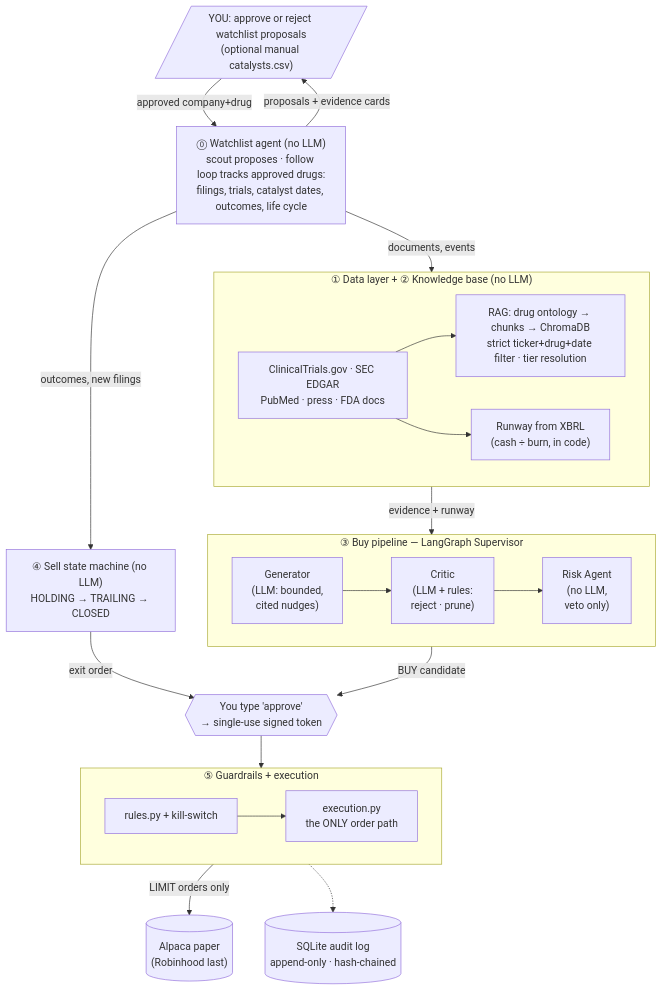
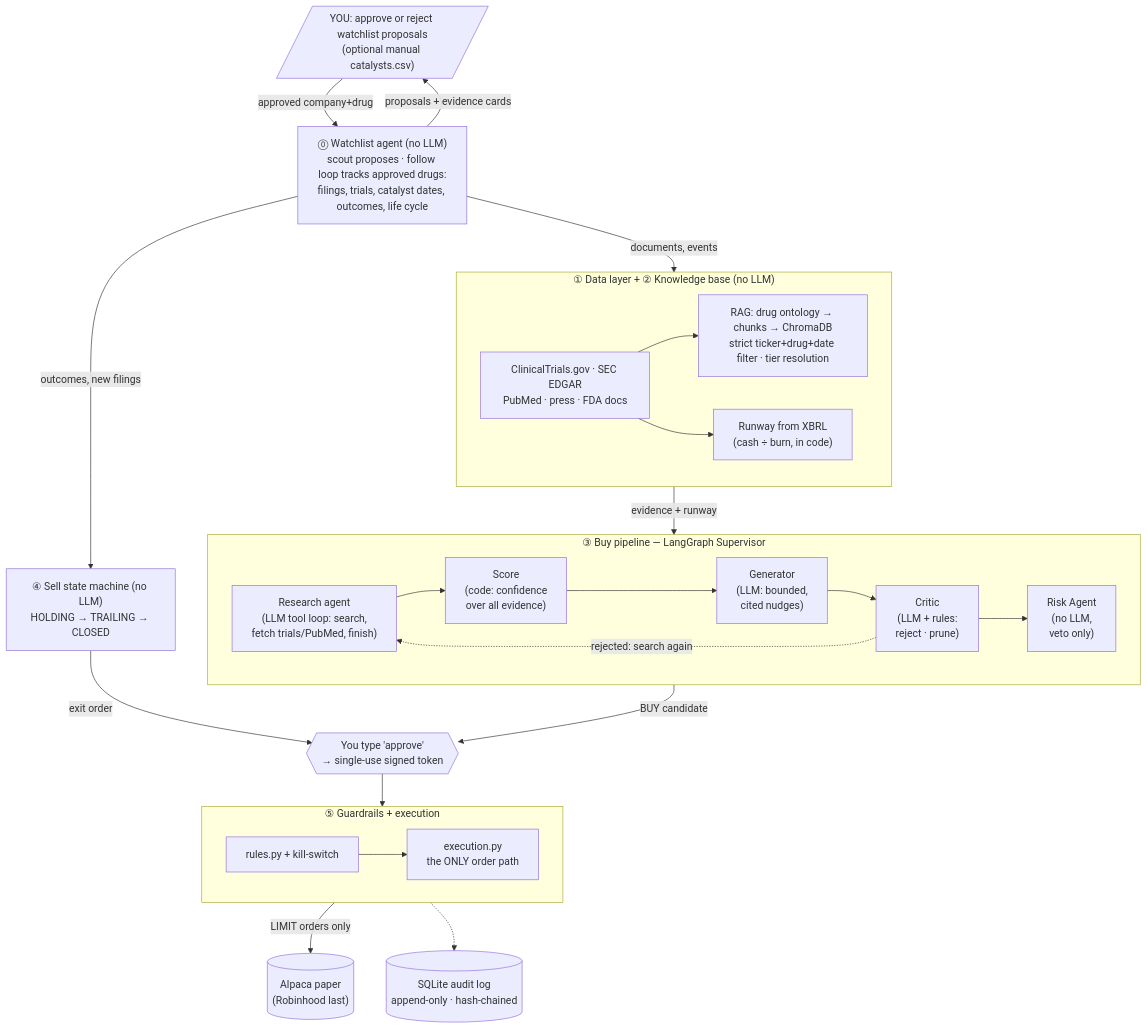
Before and after one commit to sathishkdev/BioTradeAI: the first of 4 diagrams in README.md, drawn with Mermaid. The commit also changed other lines of this file and 23 other files, not shown here.

First line of the commit message:
Research agent: bounded autonomous tool loop for evidence

````diff
--- a/README.md
+++ b/README.md
@@ -45,43 +52,45 @@
 ```mermaid
 flowchart TB
     YOU[/"YOU: approve or reject watchlist proposals<br/>(optional manual catalysts.csv)"/]
     SCOUT["⓪ Watchlist agent (no LLM)<br/>scout proposes · follow loop tracks approved drugs:<br/>filings, trials, catalyst dates, outcomes, life cycle"]
 
     subgraph INPUTS["① Data layer + ② Knowledge base (no LLM)"]
         direction LR
         SRC["ClinicalTrials.gov · SEC EDGAR<br/>PubMed · press · FDA docs"]
         RAG["RAG: drug ontology → chunks → ChromaDB<br/>strict ticker+drug+date filter · tier resolution"]
         RUNWAY["Runway from XBRL<br/>(cash ÷ burn, in code)"]
         SRC --> RAG
         SRC --> RUNWAY
     end
 
     subgraph BUY["③ Buy pipeline — LangGraph Supervisor"]
         direction LR
-        GEN["Generator<br/>(LLM: bounded,<br/>cited nudges)"] --> CRIT["Critic<br/>(LLM + rules:<br/>reject · prune)"]
+        AGENT["Research agent<br/>(LLM tool loop: search,<br/>fetch trials/PubMed, finish)"] --> SCORE["Score<br/>(code: confidence<br/>over all evidence)"]
+        SCORE --> GEN["Generator<br/>(LLM: bounded,<br/>cited nudges)"] --> CRIT["Critic<br/>(LLM + rules:<br/>reject · prune)"]
+        CRIT -.->|rejected: search again| AGENT
         CRIT --> RISK["Risk Agent<br/>(no LLM,<br/>veto only)"]
     end
 
     SELL["④ Sell state machine (no LLM)<br/>HOLDING → TRAILING → CLOSED"]
 
     APPROVE{{"You type 'approve'<br/>→ single-use signed token"}}
 
     subgraph SAFE["⑤ Guardrails + execution"]
         direction LR
         RULES["rules.py + kill-switch"] --> EXEC["execution.py<br/>the ONLY order path"]
     end
 
     BROKER[("Alpaca paper<br/>(Robinhood last)")]
     AUDIT[("SQLite audit log<br/>append-only · hash-chained")]
 
     SCOUT -->|proposals + evidence cards| YOU
     YOU -->|approved company+drug| SCOUT
     SCOUT -->|documents, events| INPUTS
     INPUTS -->|evidence + runway| BUY
     RISK -->|BUY candidate| APPROVE
     SCOUT -->|outcomes, new filings| SELL
     SELL -->|exit order| APPROVE
     APPROVE --> SAFE
     EXEC -->|LIMIT orders only| BROKER
     SAFE -.-> AUDIT
 ```
````
